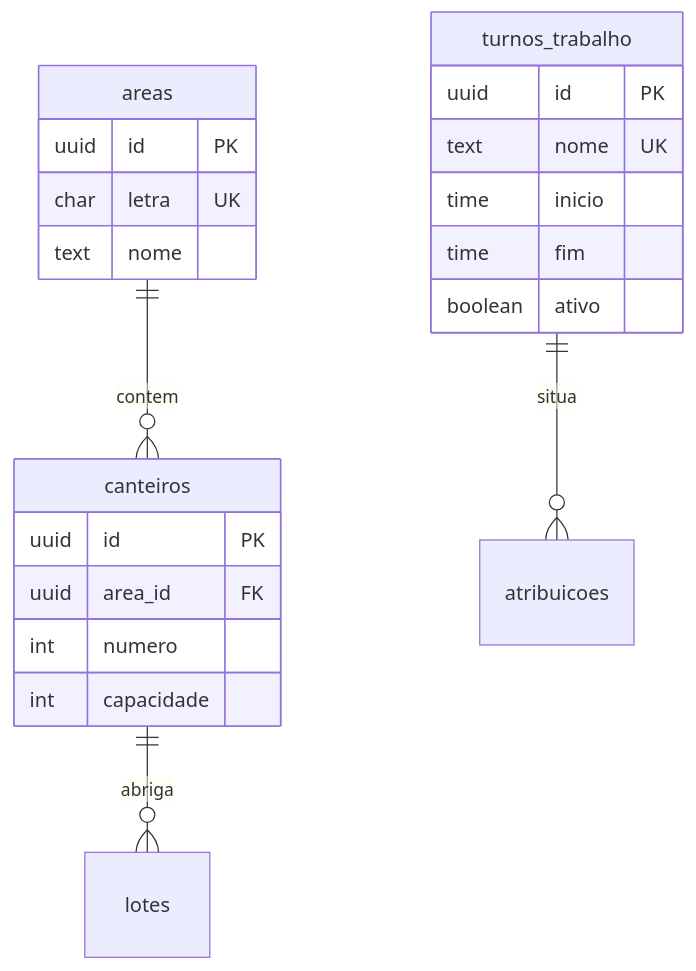
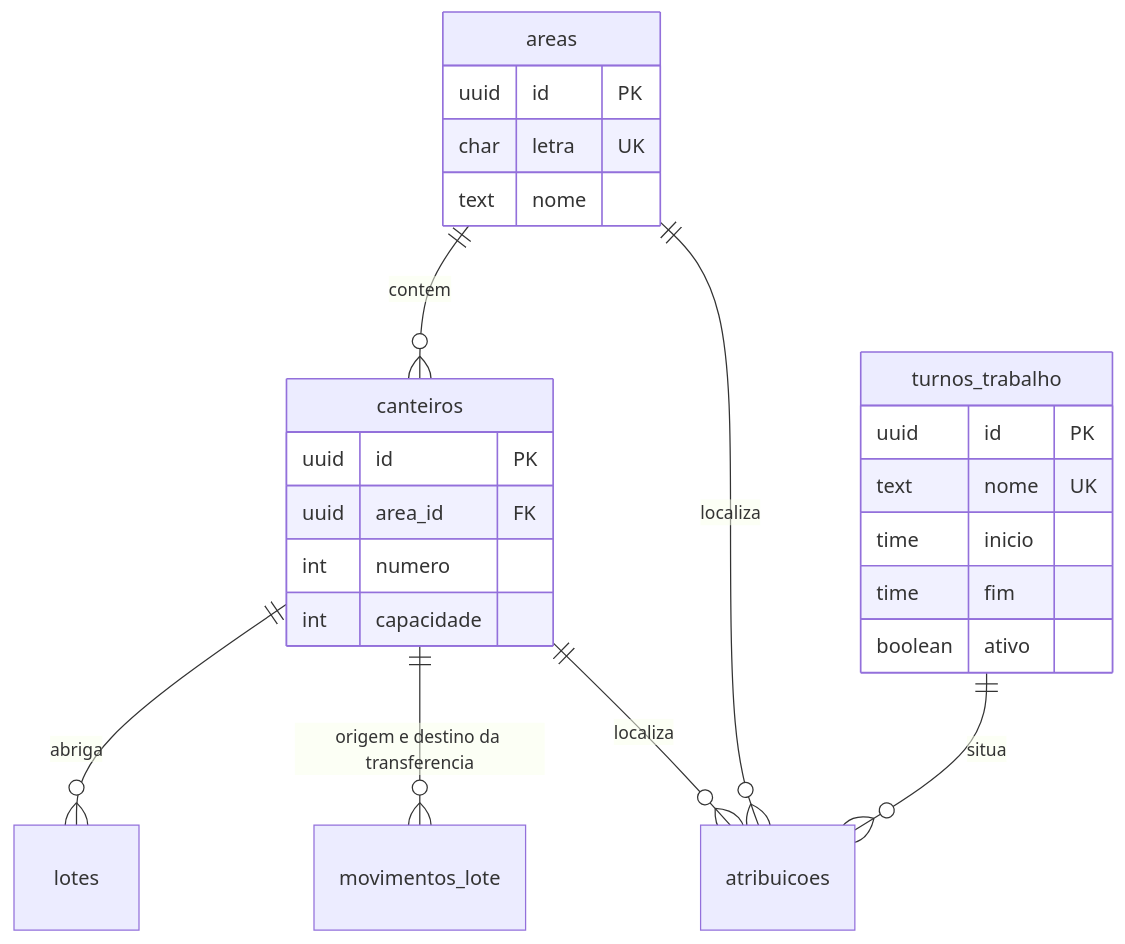
The diagram in docs/engenharia/modelo-dados-pt/mmd/fig11-cadastros-viveiro.mmd (JoaoMudar/tcc), drawn with Mermaid before and after one commit. The commit also changed 19 other files, not shown here.

First line of the commit message:
fix(modelo-dados): alinha C8, C6 e as figuras ao schema real

```diff
--- a/docs/engenharia/modelo-dados-pt/mmd/fig11-cadastros-viveiro.mmd
+++ b/docs/engenharia/modelo-dados-pt/mmd/fig11-cadastros-viveiro.mmd
@@ -1,25 +1,29 @@
 erDiagram
   areas {
     uuid id PK
     char letra UK
     text nome
   }
   canteiros {
     uuid id PK
     uuid area_id FK
     int  numero
     int  capacidade
   }
   turnos_trabalho {
     uuid    id PK
     text    nome UK
     time    inicio
     time    fim
     boolean ativo
   }
   lotes {}
   atribuicoes {}
+  movimentos_lote {}
 
   areas    ||--o{ canteiros   : "contem"
   canteiros||--o{ lotes       : "abriga"
   turnos_trabalho ||--o{ atribuicoes : "situa"
+  areas    ||--o{ atribuicoes : "localiza"
+  canteiros||--o{ atribuicoes : "localiza"
+  canteiros||--o{ movimentos_lote : "origem e destino da transferencia"
```
